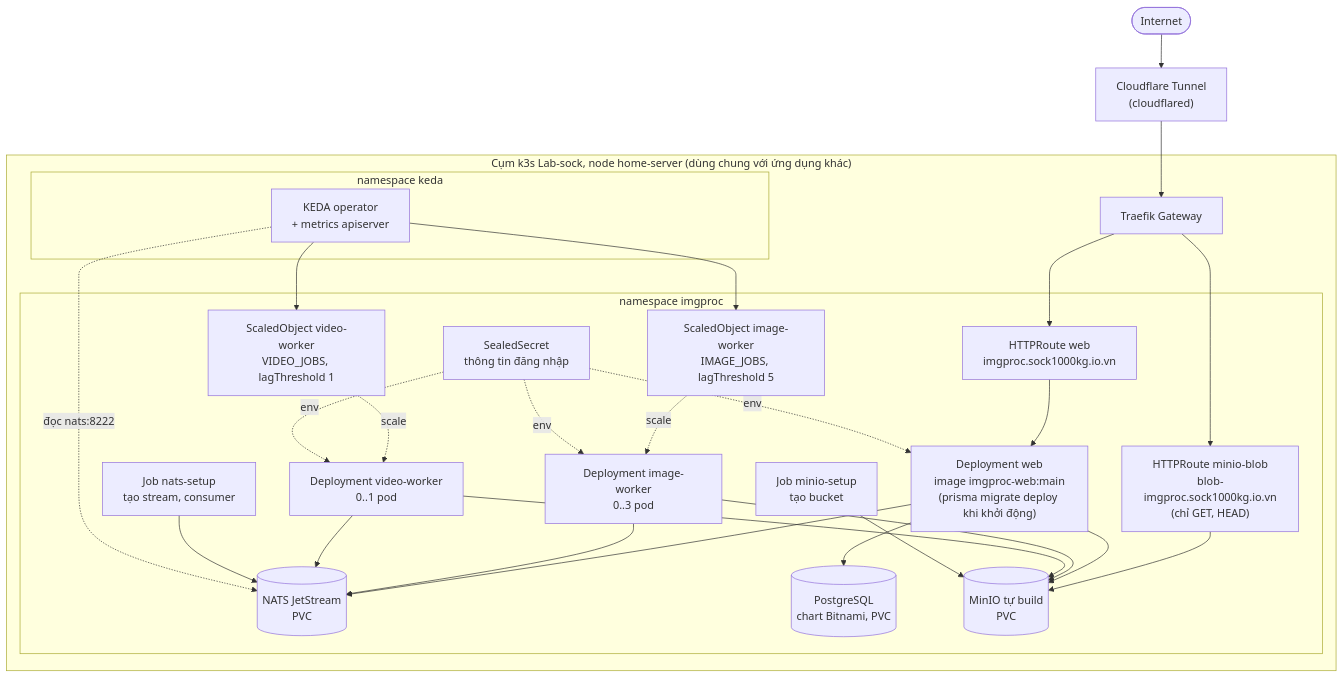
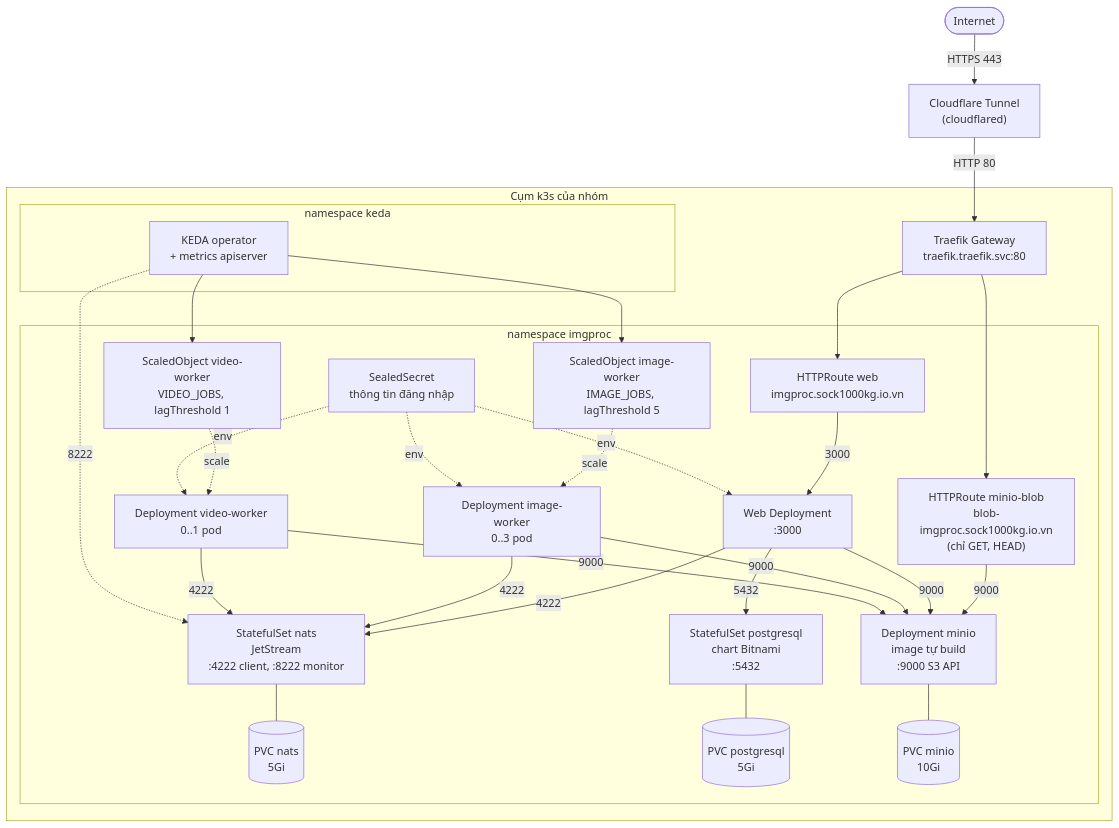
Before and after one commit to sock1000kg/ImageProcessingService: the diagram in docs/report-material/diagrams/3.12-k8s-deployment.md, drawn with Mermaid. The commit also changed other lines of this file and 369 other files, not shown here.

````diff
--- a/docs/report-material/diagrams/3.12-k8s-deployment.md
+++ b/docs/report-material/diagrams/3.12-k8s-deployment.md
@@ -5,47 +7,51 @@
 ```mermaid
 flowchart TB
-    NET(["Internet"]) --> CF["Cloudflare Tunnel<br/>(cloudflared)"]
+    NET(["Internet"]) -- "HTTPS 443" --> CF["Cloudflare Tunnel<br/>(cloudflared)"]
 
-    subgraph LAB["Cụm k3s Lab-sock, node home-server (dùng chung với ứng dụng khác)"]
-        GW["Traefik Gateway"]
+    subgraph LAB["Cụm k3s của nhóm"]
+        GW["Traefik Gateway<br/>traefik.traefik.svc:80"]
 
         subgraph NS["namespace imgproc"]
             R1["HTTPRoute web<br/>imgproc.sock1000kg.io.vn"]
             R2["HTTPRoute minio-blob<br/>blob-imgproc.sock1000kg.io.vn<br/>(chỉ GET, HEAD)"]
-            WEB["Deployment web<br/>image imgproc-web:main<br/>(prisma migrate deploy khi khởi động)"]
+            WEB["Web Deployment<br/>:3000"]
             IW["Deployment image-worker<br/>0..3 pod"]
             VW["Deployment video-worker<br/>0..1 pod"]
-            NATS[("NATS JetStream<br/>PVC")]
-            PG[("PostgreSQL<br/>chart Bitnami, PVC")]
-            MINIO[("MinIO tự build<br/>PVC")]
-            J1["Job nats-setup<br/>tạo stream, consumer"]
-            J2["Job minio-setup<br/>tạo bucket"]
+
+            NATS["StatefulSet nats<br/>JetStream<br/>:4222 client, :8222 monitor"]
+            PG["StatefulSet postgresql<br/>chart Bitnami<br/>:5432"]
+            MINIO["Deployment minio<br/>image tự build<br/>:9000 S3 API"]
+            PVN[("PVC nats<br/>5Gi")]
+            PVP[("PVC postgresql<br/>5Gi")]
+            PVM[("PVC minio<br/>10Gi")]
+
             SO1["ScaledObject image-worker<br/>IMAGE_JOBS, lagThreshold 5"]
             SO2["ScaledObject video-worker<br/>VIDEO_JOBS, lagThreshold 1"]
             SEC["SealedSecret<br/>thông tin đăng nhập"]
         end
 
         subgraph KNS["namespace keda"]
             KEDA["KEDA operator<br/>+ metrics apiserver"]
         end
     end
 
-    CF --> GW
-    GW --> R1 --> WEB
-    GW --> R2 --> MINIO
-    WEB --> PG
-    WEB --> MINIO
-    WEB --> NATS
-    IW --> NATS
-    VW --> NATS
-    IW --> MINIO
-    VW --> MINIO
-    J1 --> NATS
-    J2 --> MINIO
-    KEDA -. "đọc nats:8222" .-> NATS
+    CF -- "HTTP 80" --> GW
+    GW --> R1 -- "3000" --> WEB
+    GW --> R2 -- "9000" --> MINIO
+    WEB -- "5432" --> PG
+    WEB -- "9000" --> MINIO
+    WEB -- "4222" --> NATS
+    IW -- "4222" --> NATS
+    VW -- "4222" --> NATS
+    IW -- "9000" --> MINIO
+    VW -- "9000" --> MINIO
+    NATS --- PVN
+    PG --- PVP
+    MINIO --- PVM
+    KEDA -. "8222" .-> NATS
     KEDA --> SO1 -. scale .-> IW
     KEDA --> SO2 -. scale .-> VW
     SEC -. env .-> WEB
     SEC -. env .-> IW
     SEC -. env .-> VW
 ```
````
